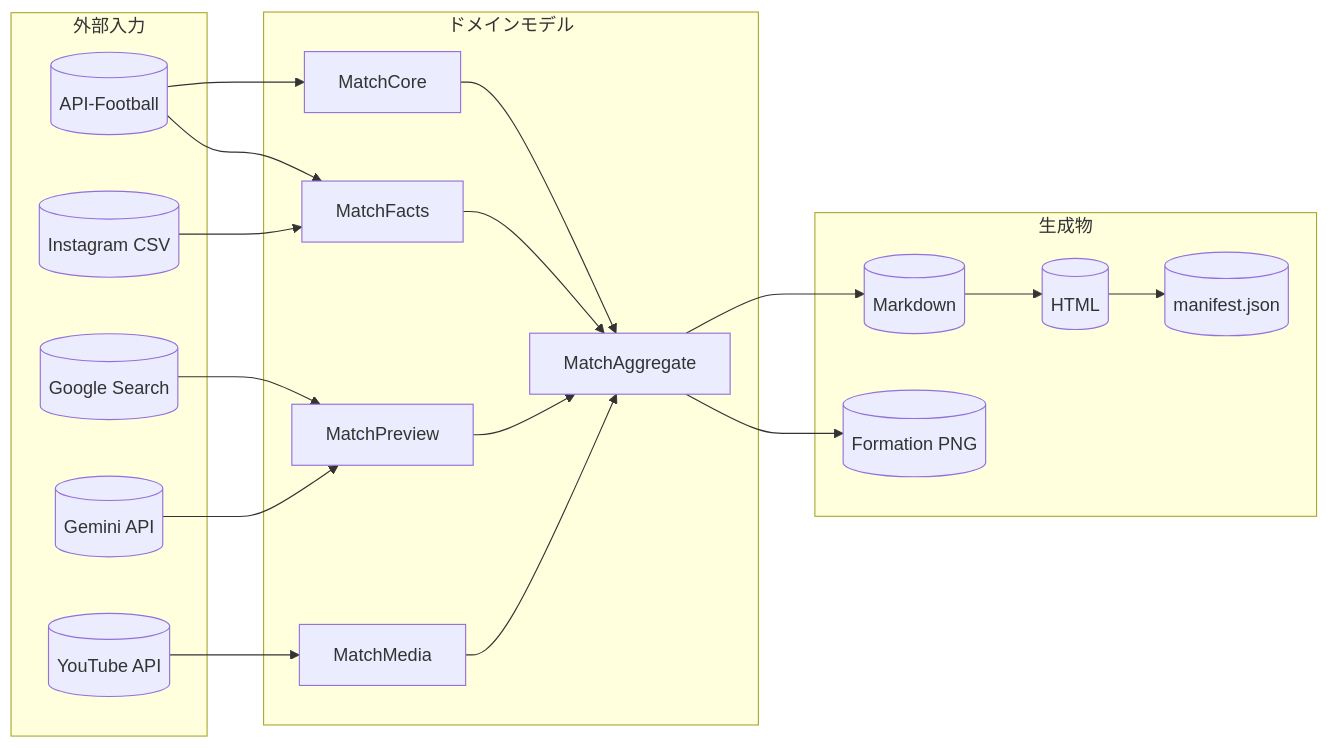
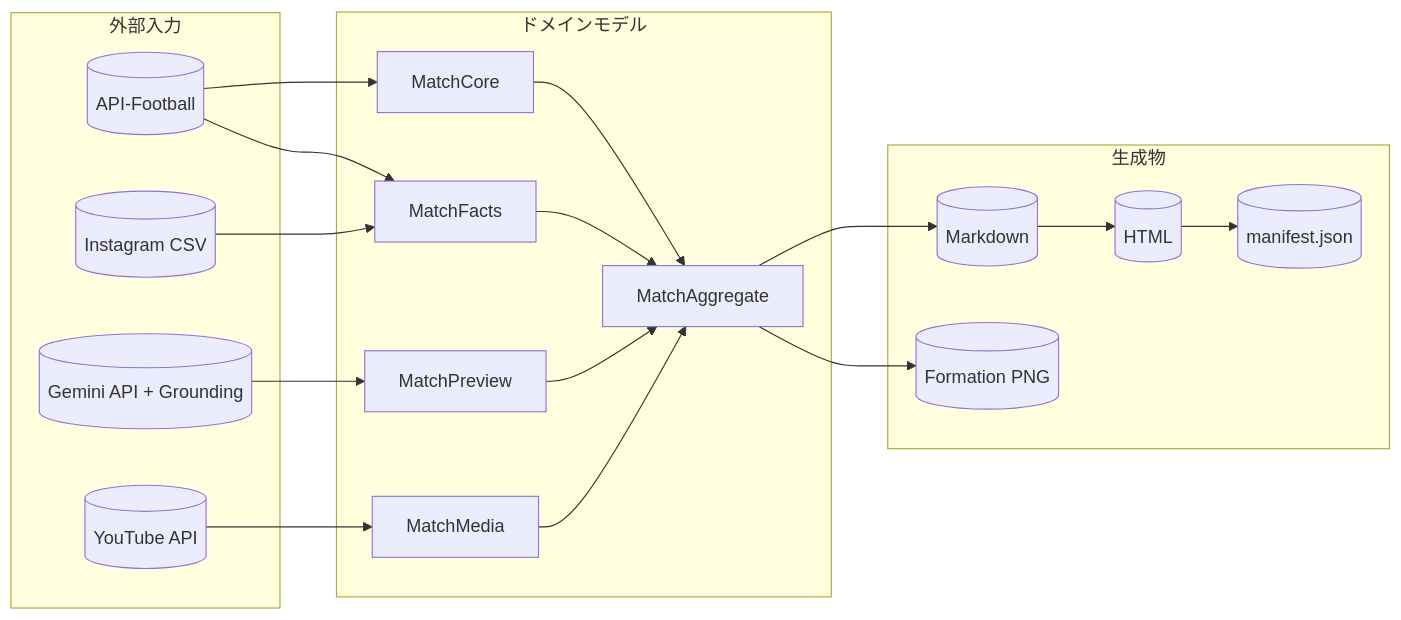
One commit to igrekplus/football-delay-watching changed the first of 2 diagrams in docs/02_architecture/data_models.md. Above: the diagram before and after it, drawn with Mermaid. The commit also changed other lines of this file and 12 other files, not shown here.

First line of the commit message:
docs: consolidate news docs to Gemini Grounding (Issue #121)

````diff
--- a/docs/02_architecture/data_models.md
+++ b/docs/02_architecture/data_models.md
@@ -13,42 +13,40 @@
 ```mermaid
 flowchart LR
     subgraph Input["外部入力"]
-        API[("API-Football")]
-        GS[("Google Search")]
-        LLM[("Gemini API")]
+        API[("​API-Football")]
+        LLM[("Gemini API + Grounding")]
         YT[("YouTube API")]
         CSV[("Instagram CSV")]
     end
     
     subgraph Domain["ドメインモデル"]
         MC[MatchCore]
         MF[MatchFacts]
         MP[MatchPreview]
         MM[MatchMedia]
         MA[MatchAggregate]
     end
     
     subgraph Output["生成物"]
         MD[("Markdown")]
         HTML[("HTML")]
         MAN[("manifest.json")]
         IMG[("Formation PNG")]
     end
     
     API --> MC
     API --> MF
-    GS --> MP
     LLM --> MP
     YT --> MM
     CSV --> MF
     
     MC --> MA
     MF --> MA
     MP --> MA
     MM --> MA
     
     MA --> MD
     MD --> HTML
     HTML --> MAN
     MA --> IMG
 ```
````
